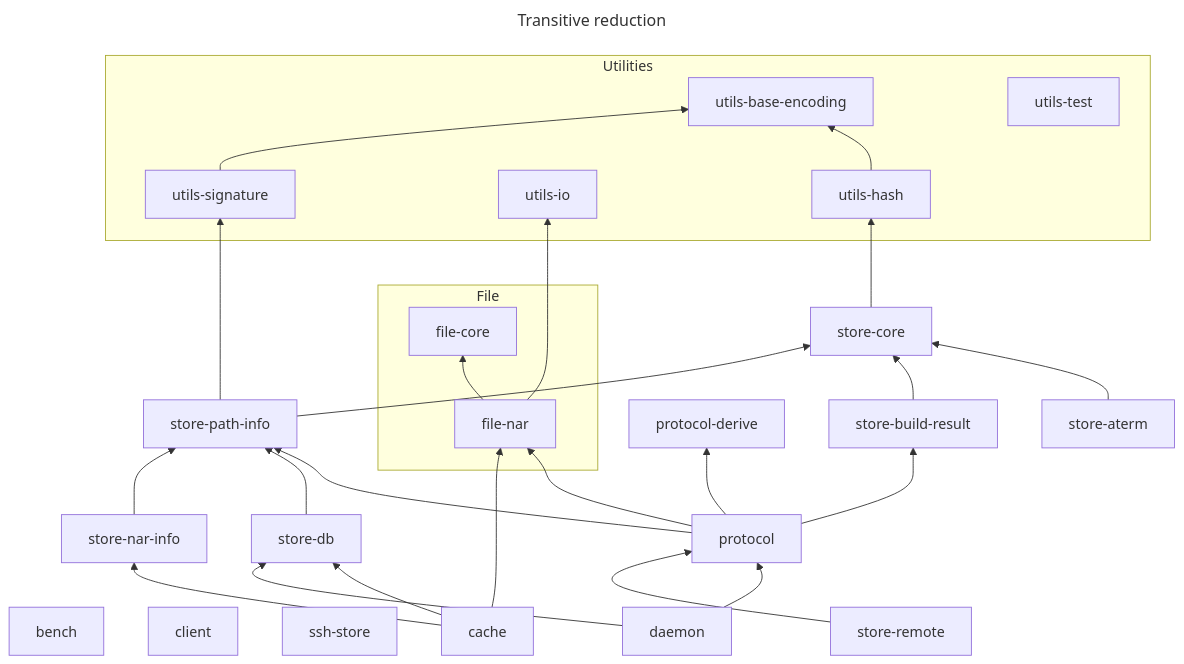
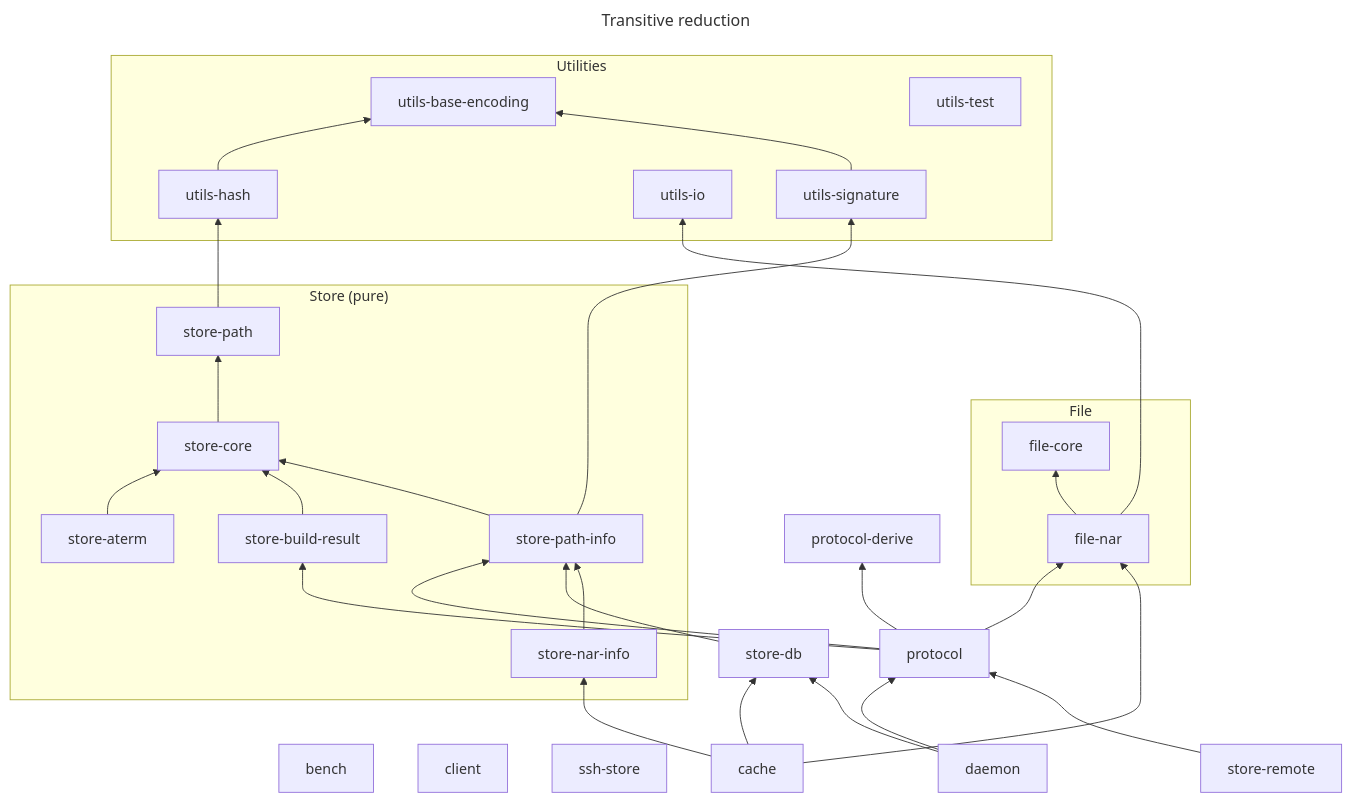
One commit to nix-community/harmonia changed the diagram in docs/architecture/harmonia-store-structure.md. Above: the diagram before and after it, drawn with Mermaid. The commit also changed other lines of this file and 83 other files, not shown here.

First line of the commit message:
Extract `harmonia-store-path` crate and rename `store_path` module to `content_address`

````diff
--- a/docs/architecture/harmonia-store-structure.md
+++ b/docs/architecture/harmonia-store-structure.md
@@ -145,41 +78,50 @@
 ```mermaid
 ---
 title: Transitive reduction
 ---
 graph BT
-    subgraph Utilities
+    subgraph "Utilities"
         utils-base-encoding
         utils-hash
         utils-io
         utils-signature
         utils-test
     end
-    subgraph File
+    subgraph "Store (pure)"
+        store-aterm
+        store-build-result
+        store-core
+        store-nar-info
+        store-path
+        store-path-info
+    end
+    subgraph "File"
         file-core
         file-nar
     end
     bench
     client
     ssh-store
     file-nar --> file-core
     file-nar --> utils-io
     utils-hash --> utils-base-encoding
     utils-signature --> utils-base-encoding
-    store-core --> utils-hash
+    store-path --> utils-hash
+    store-core --> store-path
     store-aterm --> store-core
     store-build-result --> store-core
     store-path-info --> store-core
     store-path-info --> utils-signature
     protocol --> file-nar
     protocol --> protocol-derive
     protocol --> store-build-result
     protocol --> store-path-info
     store-db --> store-path-info
     store-nar-info --> store-path-info
     cache --> file-nar
     cache --> store-db
     cache --> store-nar-info
     daemon --> protocol
     daemon --> store-db
     store-remote --> protocol
 ```
````
